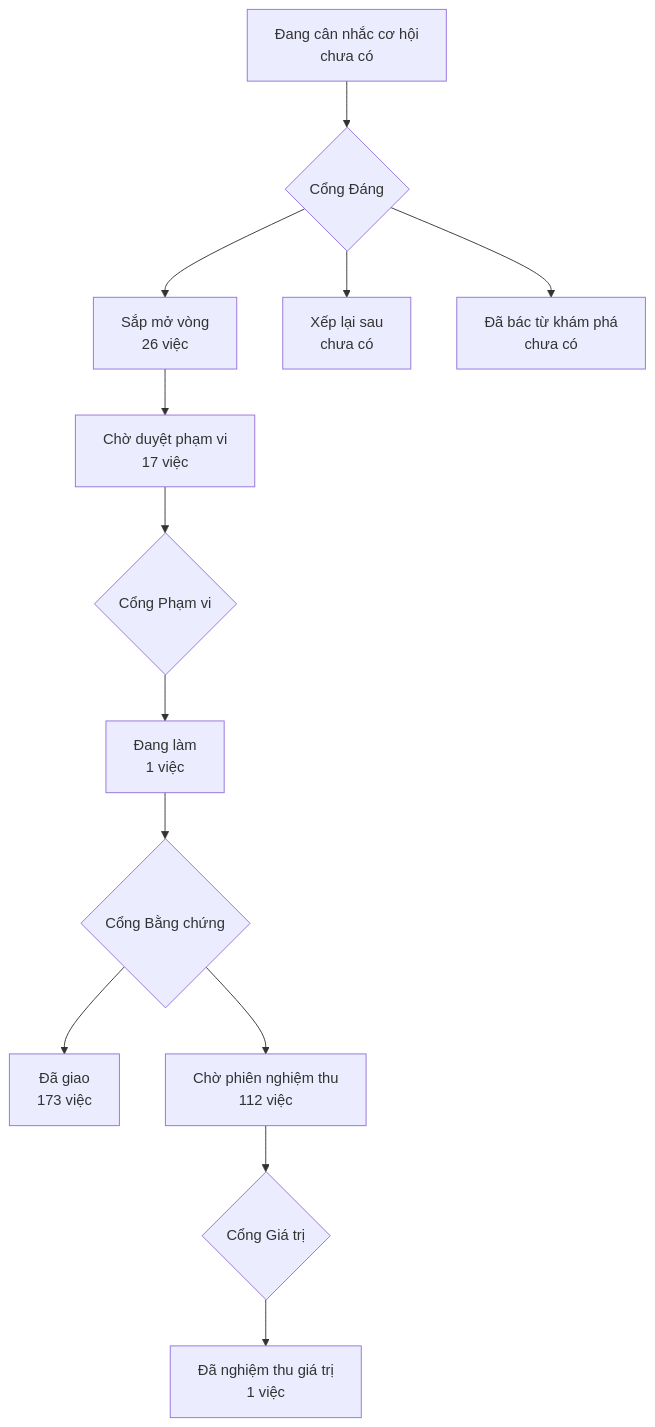
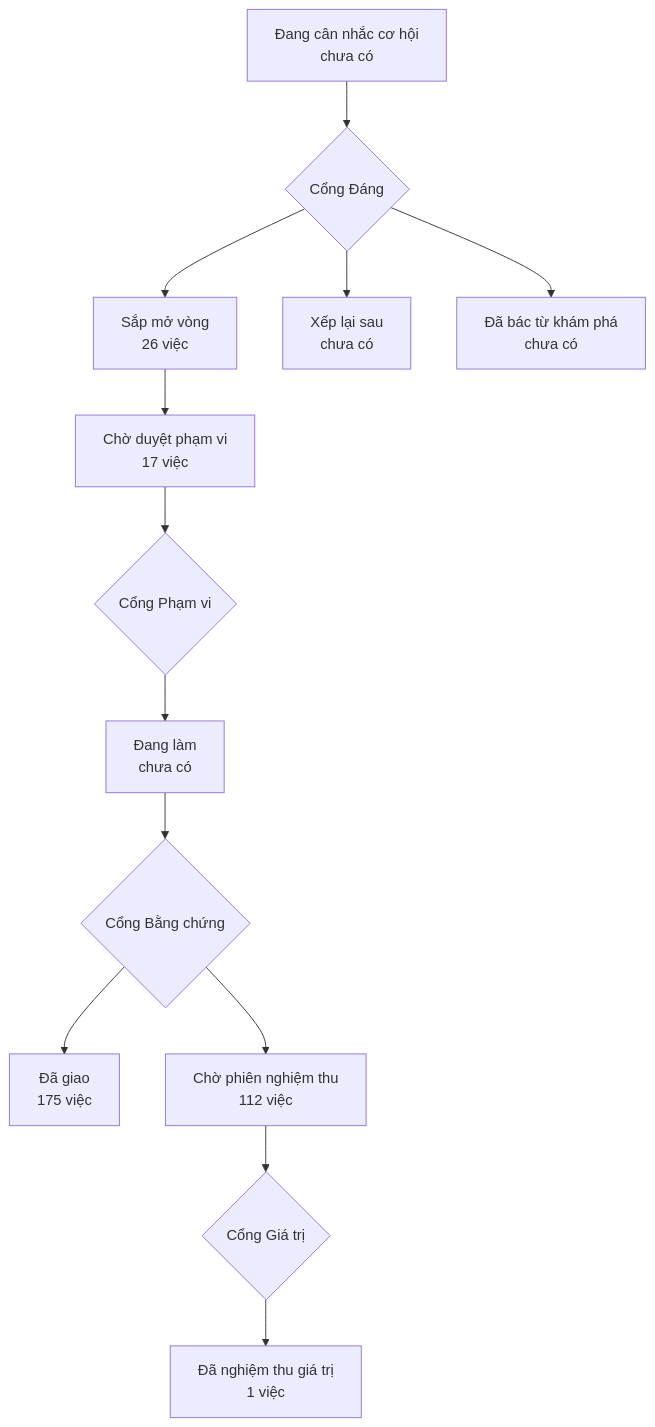
The diagram in PRODUCT-MAP.md (phanlemanh/onehub-invest), drawn with Mermaid before and after one commit. The commit also changed other lines of this file and 4 other files, not shown here.

````diff
--- a/PRODUCT-MAP.md
+++ b/PRODUCT-MAP.md
@@ -7,12 +7,12 @@
 ```mermaid
 flowchart TD
   A["Đang cân nhắc cơ hội<br/>chưa có"] --> GD{"Cổng Đáng"}
   GD --> B["Sắp mở vòng<br/>26 việc"]
   GD --> XL["Xếp lại sau<br/>chưa có"]
   GD --> DB["Đã bác từ khám phá<br/>chưa có"]
   B --> CD["Chờ duyệt phạm vi<br/>17 việc"] --> GP{"Cổng Phạm vi"}
-  GP --> DL["Đang làm<br/>1 việc"] --> GB{"Cổng Bằng chứng"}
-  GB --> DG["Đã giao<br/>173 việc"]
+  GP --> DL["Đang làm<br/>chưa có"] --> GB{"Cổng Bằng chứng"}
+  GB --> DG["Đã giao<br/>175 việc"]
   GB --> CN["Chờ phiên nghiệm thu<br/>112 việc"] --> GG{"Cổng Giá trị"}
   GG --> NT["Đã nghiệm thu giá trị<br/>1 việc"]
 ```
````
